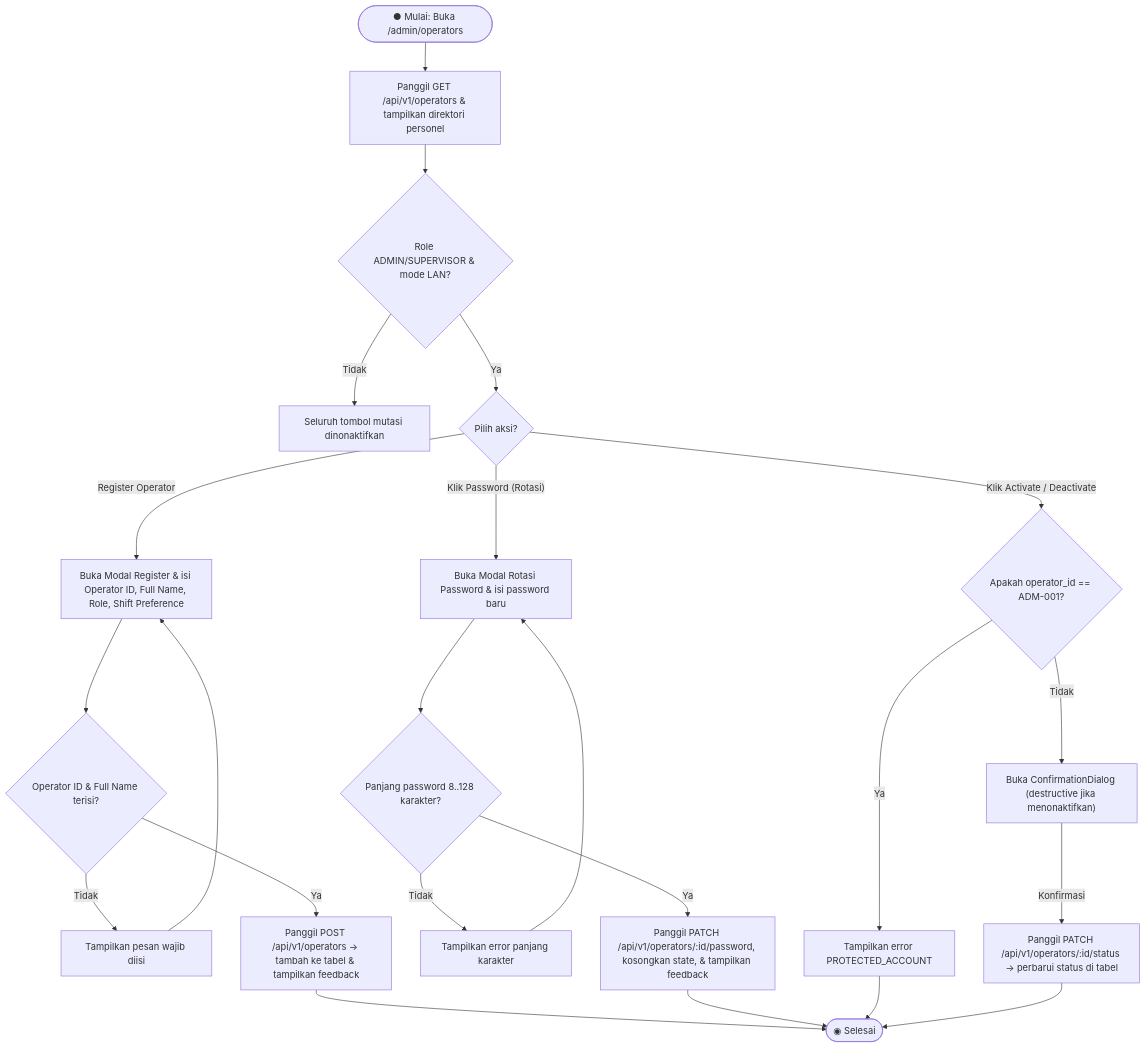
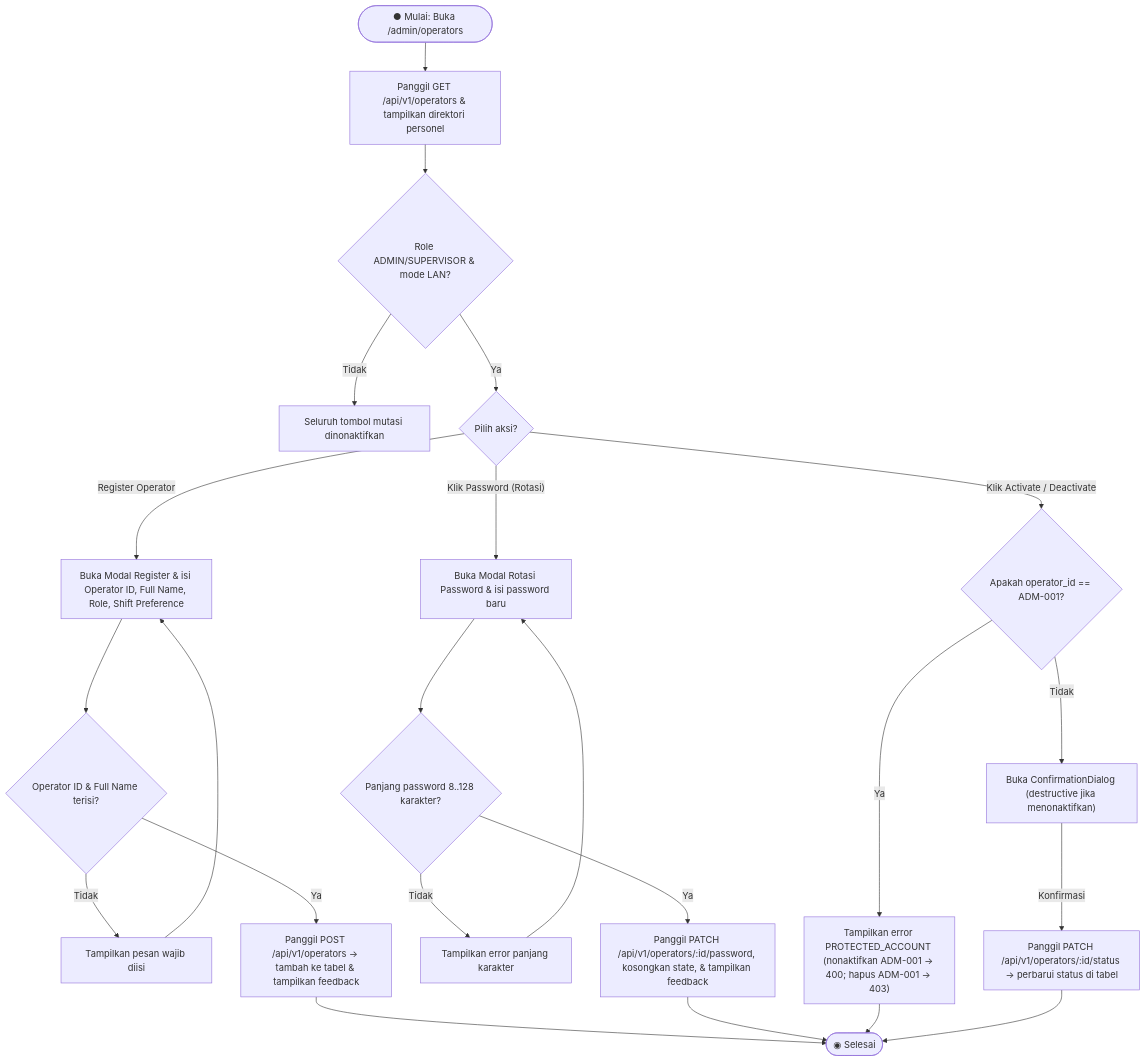
One commit to affadk/iiot-oee-admin-panel changed the tenth of 25 diagrams in PAGE_DOCUMENTATION.md. Above: the diagram before and after it, drawn with Mermaid. The commit also changed other lines of this file and 12 other files, not shown here.

````diff
--- a/PAGE_DOCUMENTATION.md
+++ b/PAGE_DOCUMENTATION.md
@@ -455,28 +478,28 @@
 ```mermaid
 flowchart TD
     Start(["● Mulai: Buka /admin/operators"]) --> LoadOps["Panggil GET /api/v1/operators & tampilkan direktori personel"]
     LoadOps --> CheckPerm{"Role ADMIN/SUPERVISOR & mode LAN?"}
     CheckPerm -- Tidak --> ReadOnly["Seluruh tombol mutasi dinonaktifkan"]
     CheckPerm -- Ya --> Action{"Pilih aksi?"}
 
     Action -- "Register Operator" --> OpenReg["Buka Modal Register & isi Operator ID, Full Name, Role, Shift Preference"]
     OpenReg --> ValidOp{"Operator ID & Full Name terisi?"}
     ValidOp -- Tidak --> ErrOp["Tampilkan pesan wajib diisi"]
     ErrOp --> OpenReg
     ValidOp -- Ya --> CallOp["Panggil POST /api/v1/operators -> tambah ke tabel & tampilkan feedback"]
     CallOp --> End(["◉ Selesai"])
 
     Action -- "Klik Password (Rotasi)" --> OpenPwd["Buka Modal Rotasi Password & isi password baru"]
     OpenPwd --> ValidPwd{"Panjang password 8..128 karakter?"}
     ValidPwd -- Tidak --> ErrPwd["Tampilkan error panjang karakter"]
     ErrPwd --> OpenPwd
     ValidPwd -- Ya --> SavePwd["Panggil PATCH /api/v1/operators/:id/password, kosongkan state, & tampilkan feedback"]
     SavePwd --> End
 
     Action -- "Klik Activate / Deactivate" --> CheckRoot{"Apakah operator_id == ADM-001?"}
-    CheckRoot -- Ya --> RootErr["Tampilkan error PROTECTED_ACCOUNT"]
+    CheckRoot -- Ya --> RootErr["Tampilkan error PROTECTED_ACCOUNT (nonaktifkan ADM-001 -> 400; hapus ADM-001 -> 403)"]
     RootErr --> End
     CheckRoot -- Tidak --> ConfirmToggle["Buka ConfirmationDialog (destructive jika menonaktifkan)"]
     ConfirmToggle -- Konfirmasi --> CallToggle["Panggil PATCH /api/v1/operators/:id/status -> perbarui status di tabel"]
     CallToggle --> End
 ```
````
